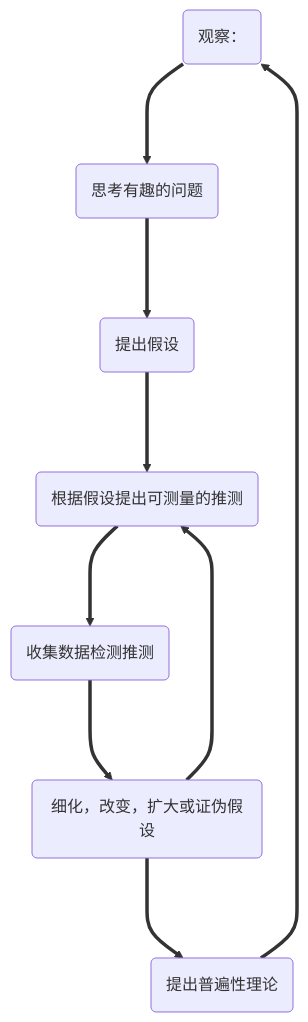
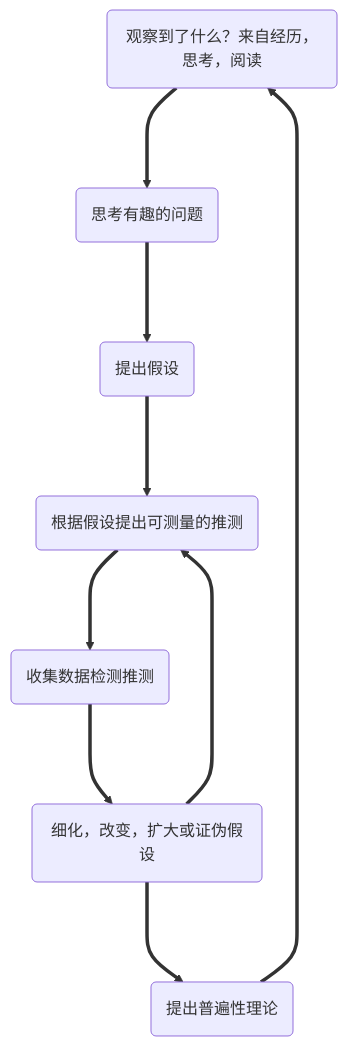
Before and after one commit to Echo-Yanglulu/obsidianPrivateNote: the diagram in 笔记/学习方法/自己的学习行为.md, drawn with Mermaid.

Commit message:
backup: 2022-08-21 23:15
Affected files:
笔记/学习方法/自己的学习行为.md

````diff
--- a/笔记/学习方法/自己的学习行为.md
+++ b/笔记/学习方法/自己的学习行为.md
@@ -94,11 +94,11 @@
 ```mermaid
 	graph TB
-	A(观察：)===>B(思考有趣的问题)
+	A(观察到了什么？来自经历，思考，阅读)===>B(思考有趣的问题)
 	B===>C(提出假设)
 	C===>D(根据假设提出可测量的推测)
 	D===>E(收集数据检测推测)
 	E===>F(细化，改变，扩大或证伪假设)
 	F===>D
 	F===>G(提出普遍性理论)
 	G===>A
 ```
````
